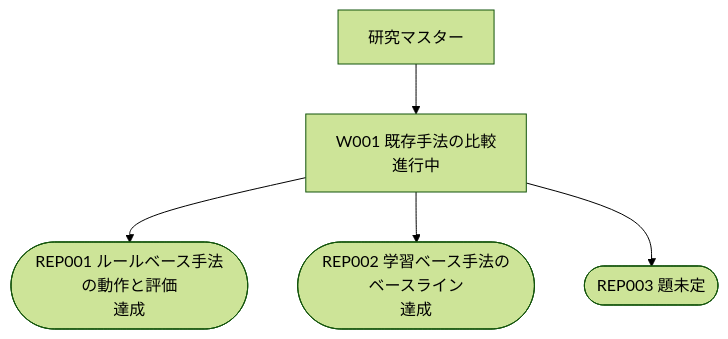
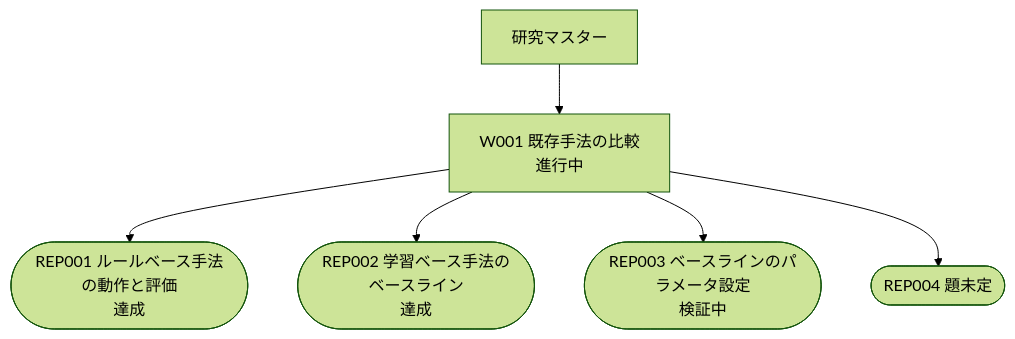
The diagram in research/flow.md (yayoten/AuctionNet), drawn with Mermaid (forest theme) before and after one commit. The commit also changed other lines of this file and 13 other files, not shown here.

First line of the commit message:
add : W001 の目的を変更し、REP003（ベースラインのパラメータ設定）の事前記録と道具を追加

````diff
--- a/research/flow.md
+++ b/research/flow.md
@@ -18,12 +20,14 @@
 ```mermaid
 graph TD
   ROOT[研究マスター]
   W001["W001 既存手法の比較<br/>進行中"]
   ROOT --> W001
   REP001(["REP001 ルールベース手法の動作と評価<br/>達成"])
   W001 --> REP001
   REP002(["REP002 学習ベース手法のベースライン<br/>達成"])
   W001 --> REP002
-  REP003(["REP003 題未定"])
+  REP003(["REP003 ベースラインのパラメータ設定<br/>検証中"])
   W001 --> REP003
+  REP004(["REP004 題未定"])
+  W001 --> REP004
 ```
````
